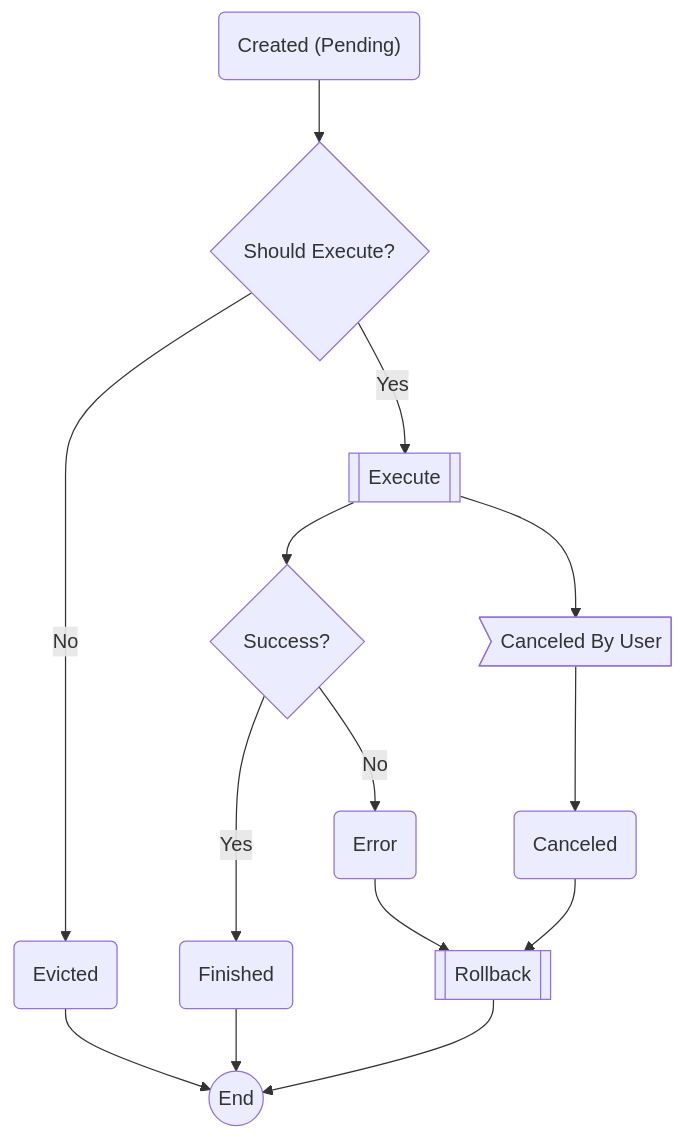
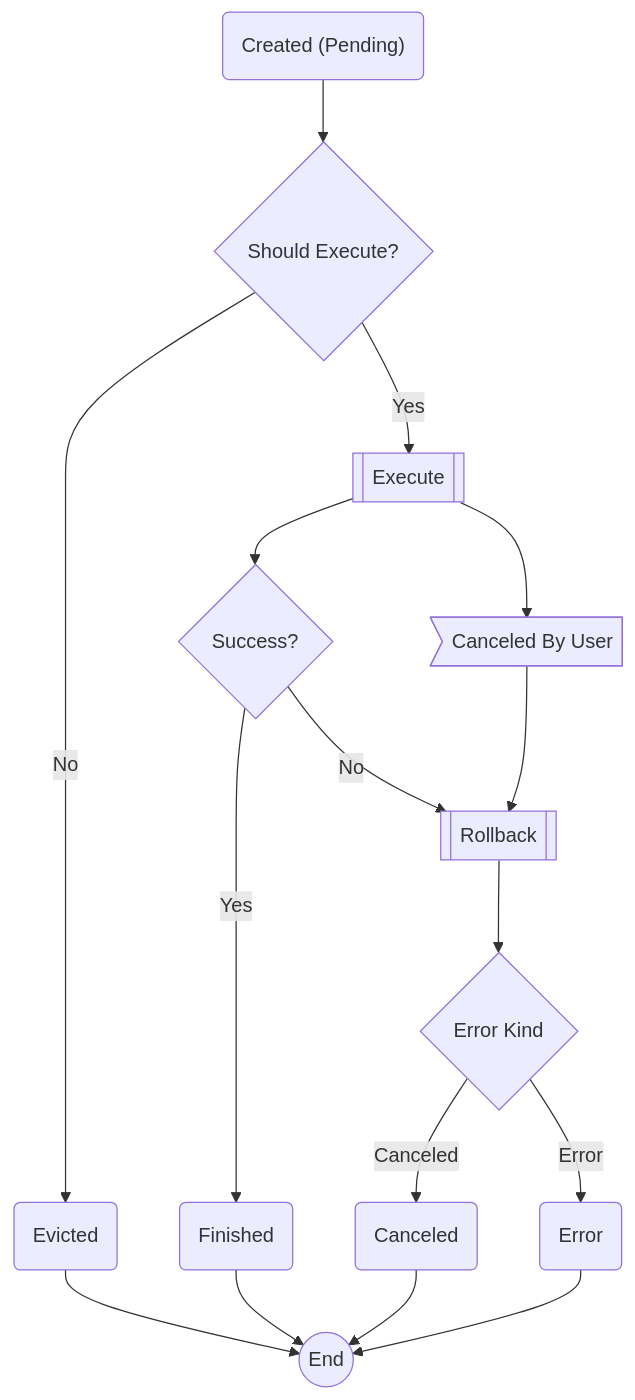
Before and after one commit to topfreegames/maestro: the second of 3 diagrams in docs/Operations.md, drawn with Mermaid. The commit also changed other lines of this file, not shown here.

````diff
--- a/docs/Operations.md
+++ b/docs/Operations.md
@@ -98,26 +97,30 @@
 ```mermaid
 flowchart TD
     finish((End))
     
     created("Created (Pending)")
     evicted(Evicted)
     error(Error)
     finished(Finished)
     canceled(Canceled)
     
     should_execute{Should Execute?}
     execution_succeeded{Success?}
+    err_kind{Error Kind}
 
     execute[[Execute]]
     rollback[[Rollback]]
 
     canceled_by_user>Canceled By User]
     
     created --> should_execute;
     should_execute -- No --> evicted --> finish;
     should_execute -- Yes --> execute;
     execute --> execution_succeeded;
-    execute --> canceled_by_user --> canceled --> rollback;
+    execute --> canceled_by_user --> rollback;
     execution_succeeded -- Yes --> finished --> finish;
-    execution_succeeded -- No --> error --> rollback --> finish;
+    execution_succeeded -- No --> rollback;
+    rollback --> err_kind;
+    err_kind -- Canceled --> canceled --> finish;
+    err_kind -- Error --> error --> finish
 ```
````
